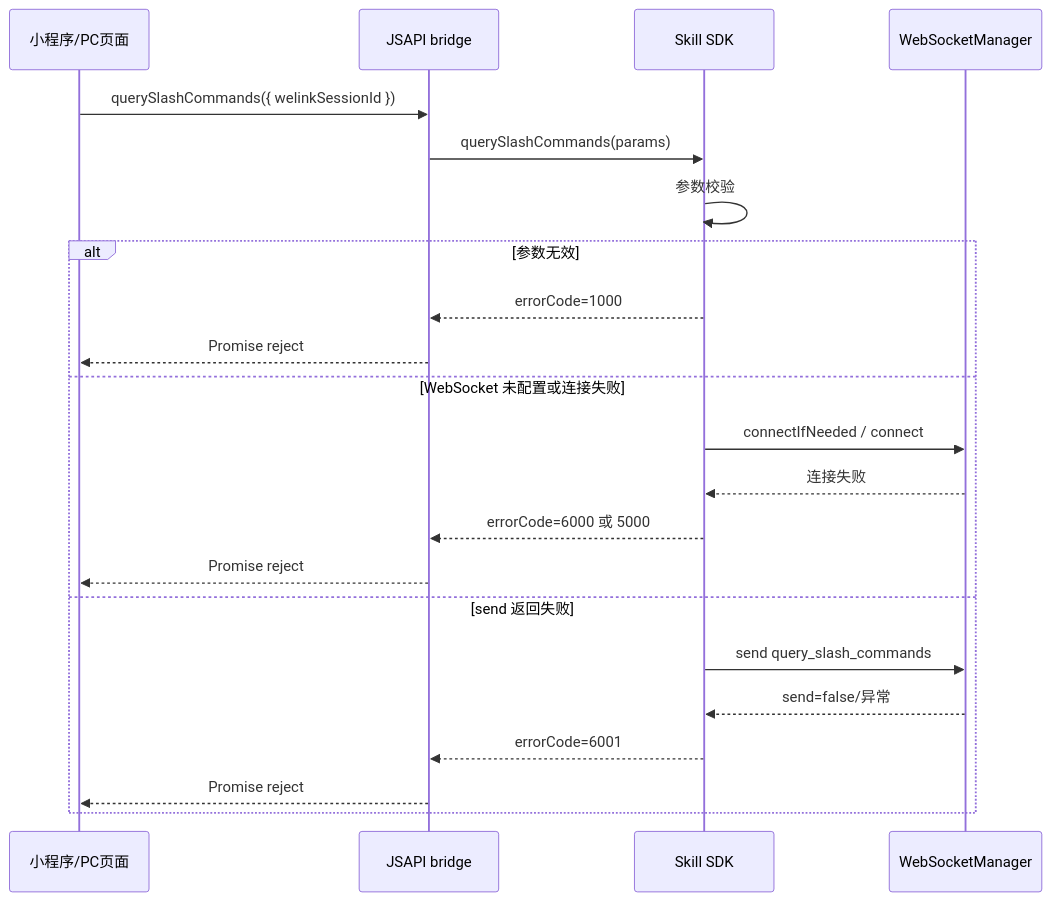
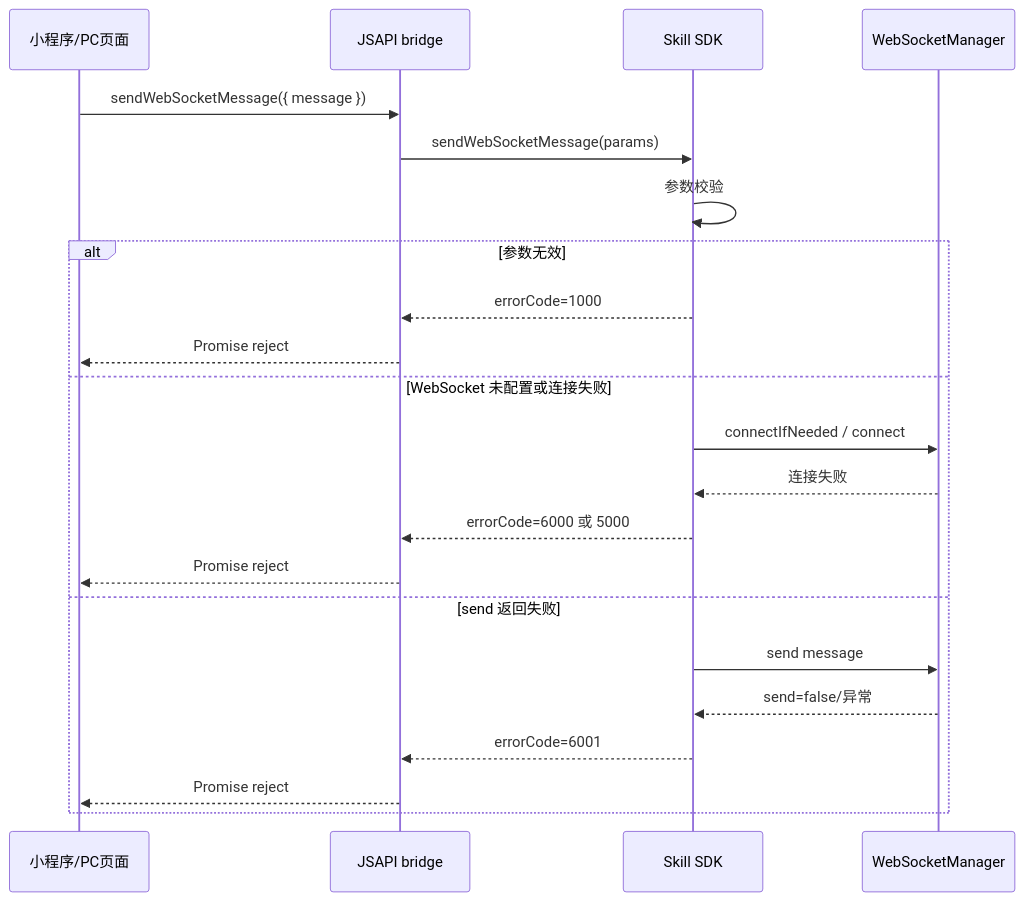
Before and after one commit to Abelsjcheng/skillSDK: the third of 3 diagrams in 2026-06-26-slash-commands-websocket-jsapi-plan.md, drawn with Mermaid. The commit also changed other lines of this file and 18 other files, not shown here.

Commit message:
feat(sdk): generalize websocket message sending

````diff
--- a/2026-06-26-slash-commands-websocket-jsapi-plan.md
+++ b/2026-06-26-slash-commands-websocket-jsapi-plan.md
@@ -94,25 +94,25 @@
 ```mermaid
 sequenceDiagram
     participant Page as 小程序/PC页面
     participant Bridge as JSAPI bridge
     participant SDK as Skill SDK
     participant WS as WebSocketManager
 
-    Page->>Bridge: querySlashCommands({ welinkSessionId })
-    Bridge->>SDK: querySlashCommands(params)
+    Page->>Bridge: sendWebSocketMessage({ message })
+    Bridge->>SDK: sendWebSocketMessage(params)
     SDK->>SDK: 参数校验
     alt 参数无效
         SDK-->>Bridge: errorCode=1000
         Bridge-->>Page: Promise reject
     else WebSocket 未配置或连接失败
         SDK->>WS: connectIfNeeded / connect
         WS-->>SDK: 连接失败
         SDK-->>Bridge: errorCode=6000 或 5000
         Bridge-->>Page: Promise reject
     else send 返回失败
-        SDK->>WS: send query_slash_commands
+        SDK->>WS: send message
         WS-->>SDK: send=false/异常
         SDK-->>Bridge: errorCode=6001
         Bridge-->>Page: Promise reject
     end
 ```
````
